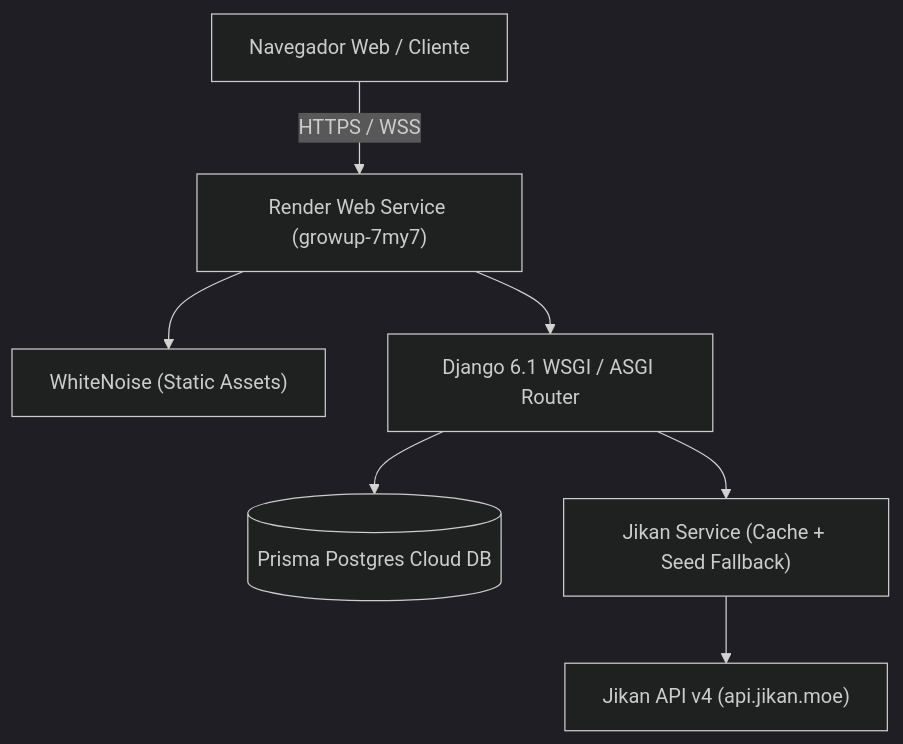
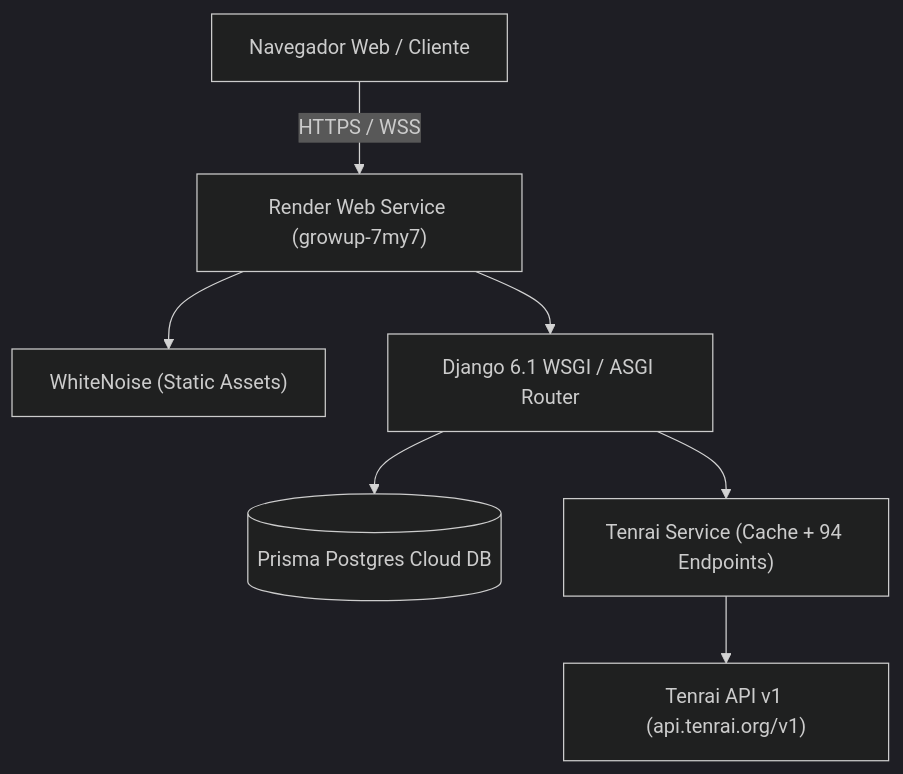
Before and after one commit to MiguelCarlosRojas/GrowUp: the diagram in README.md, drawn with Mermaid (dark theme). The commit also changed other lines of this file and 27 other files, not shown here.

First line of the commit message:
feat(tenrai-migration): replace Jikan with Tenrai API v1 implementing all 94 GET endpoints

````diff
--- a/README.md
+++ b/README.md
@@ -73,9 +73,9 @@
 ```mermaid
 flowchart TD
     Client["Navegador Web / Cliente"] -->|HTTPS / WSS| Render["Render Web Service (growup-7my7)"]
     Render --> Static["WhiteNoise (Static Assets)"]
     Render --> WSGI["Django 6.1 WSGI / ASGI Router"]
     WSGI --> CloudDB[("Prisma Postgres Cloud DB")]
-    WSGI --> JikanService["Jikan Service (Cache + Seed Fallback)"]
-    JikanService --> JikanAPI["Jikan API v4 (api.jikan.moe)"]
+    WSGI --> TenraiService["Tenrai Service (Cache + 94 Endpoints)"]
+    TenraiService --> TenraiAPI["Tenrai API v1 (api.tenrai.org/v1)"]
 ```
````
